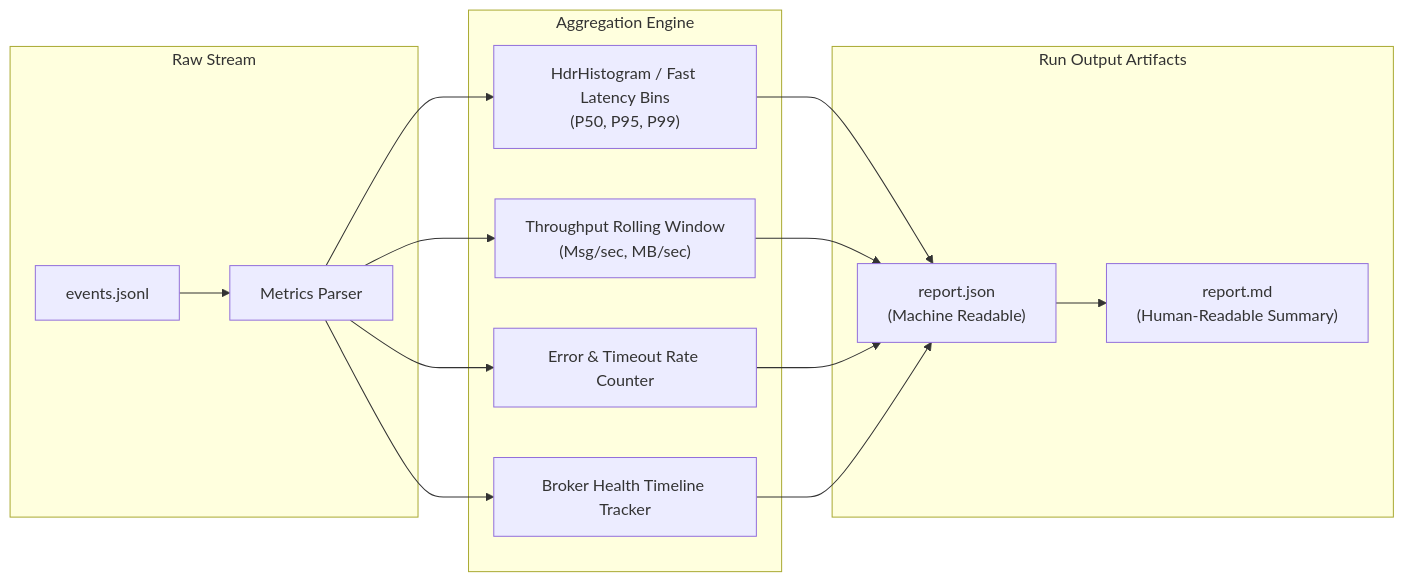
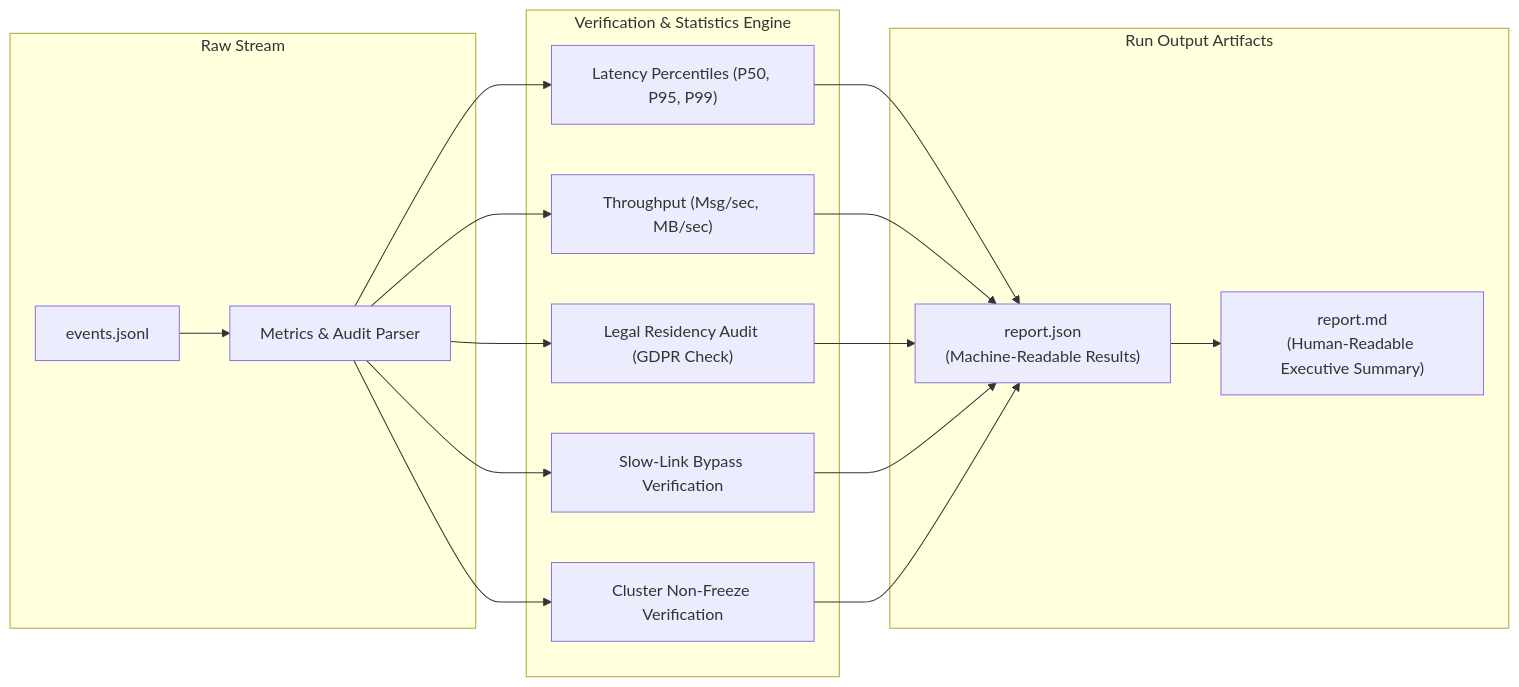
One commit to ansh0014/Hydra-Stream changed the eighth of 8 diagrams in docs/system-diagrams.md. Above: the diagram before and after it, drawn with Mermaid. The commit also changed other lines of this file and 12 other files, not shown here.

Commit message:
docs: align documentation with multi-region geo-resilience and Hydra Control Plane architecture

````diff
--- a/docs/system-diagrams.md
+++ b/docs/system-diagrams.md
@@ -489,22 +306,24 @@
 ```mermaid
 flowchart LR
     subgraph INGESTION["Raw Stream"]
-        RAW["events.jsonl"] --> PARSER["Metrics Parser"]
+        RAW["events.jsonl"] --> PARSER["Metrics & Audit Parser"]
     end
 
-    subgraph COMPUTATION["Aggregation Engine"]
-        PARSER --> LAT_HIST["HdrHistogram / Fast Latency Bins\n(P50, P95, P99)"]
-        PARSER --> TPS_CALC["Throughput Rolling Window\n(Msg/sec, MB/sec)"]
-        PARSER --> ERR_CALC["Error & Timeout Rate Counter"]
-        PARSER --> HEALTH_HIST["Broker Health Timeline Tracker"]
+    subgraph COMPUTATION["Verification & Statistics Engine"]
+        PARSER --> LAT_HIST["Latency Percentiles (P50, P95, P99)"]
+        PARSER --> TPS_CALC["Throughput (Msg/sec, MB/sec)"]
+        PARSER --> RES_AUDIT["Legal Residency Audit (GDPR Check)"]
+        PARSER --> SLOW_AUDIT["Slow-Link Bypass Verification"]
+        PARSER --> OUTAGE_AUDIT["Cluster Non-Freeze Verification"]
     end
 
     subgraph ARTIFACTS["Run Output Artifacts"]
-        LAT_HIST --> JSON_REP["report.json\n(Machine Readable)"]
+        LAT_HIST --> JSON_REP["report.json\n(Machine-Readable Results)"]
         TPS_CALC --> JSON_REP
-        ERR_CALC --> JSON_REP
-        HEALTH_HIST --> JSON_REP
+        RES_AUDIT --> JSON_REP
+        SLOW_AUDIT --> JSON_REP
+        OUTAGE_AUDIT --> JSON_REP
 
-        JSON_REP --> MD_REP["report.md\n(Human-Readable Summary)"]
+        JSON_REP --> MD_REP["report.md\n(Human-Readable Executive Summary)"]
     end
 ```
````
